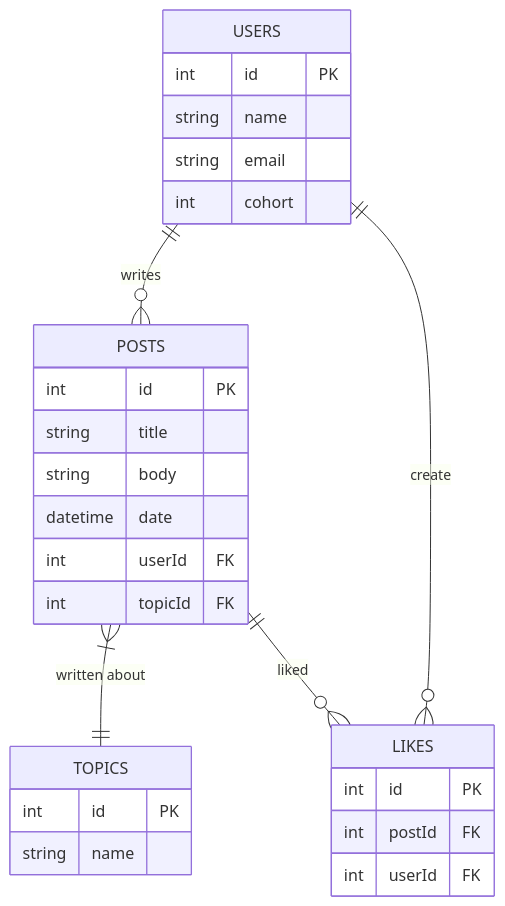
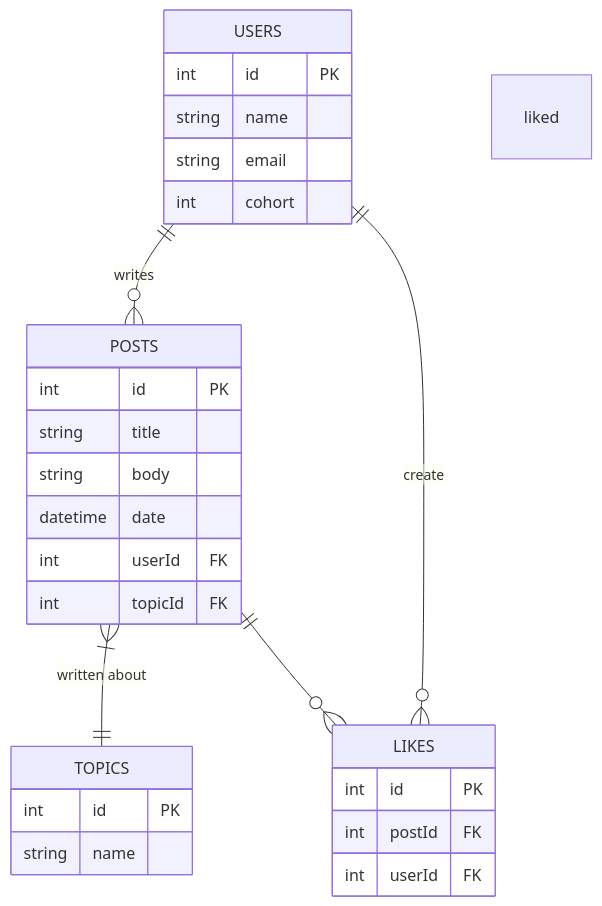
Before and after one commit to JasonLeGlue/learning-moments: the diagram in diagrams/erd.md, drawn with Mermaid. The commit also changed 6 other files, not shown here.

````diff
--- a/diagrams/erd.md
+++ b/diagrams/erd.md
@@ -1,37 +1,36 @@
 ```mermaid
 erDiagram
     USERS ||--o{ POSTS : "writes"
     USERS ||--o{ LIKES : "create"
     POSTS }|--|| TOPICS : "written about"
-    POSTS ||--o{ LIKES : "liked"
+    POSTS ||--o{ LIKES : """liked"
 
     
     
 
     USERS {
          int id PK
          string name
          string email
          int cohort
 
     }
     POSTS {
         int id PK
         string title
         string body
         datetime date
         int userId FK
         int topicId FK
     }
-
     TOPICS {
         int id PK
         string name
     }
 
     LIKES {
         int id PK
         int postId FK
         int userId FK
     }
 ```
````
